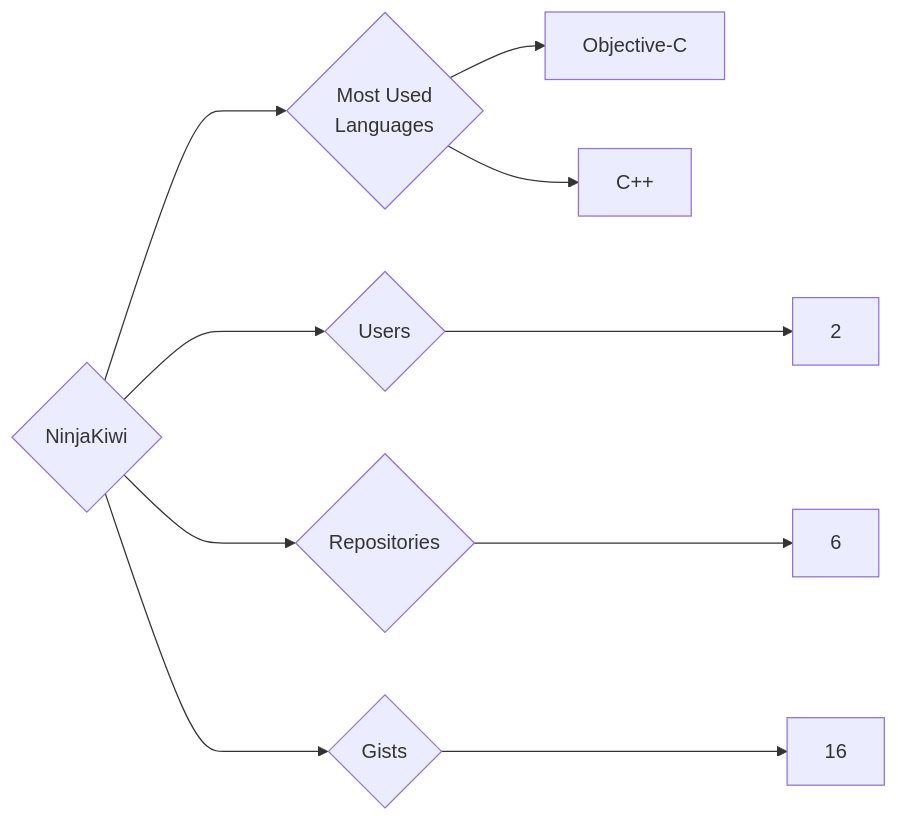
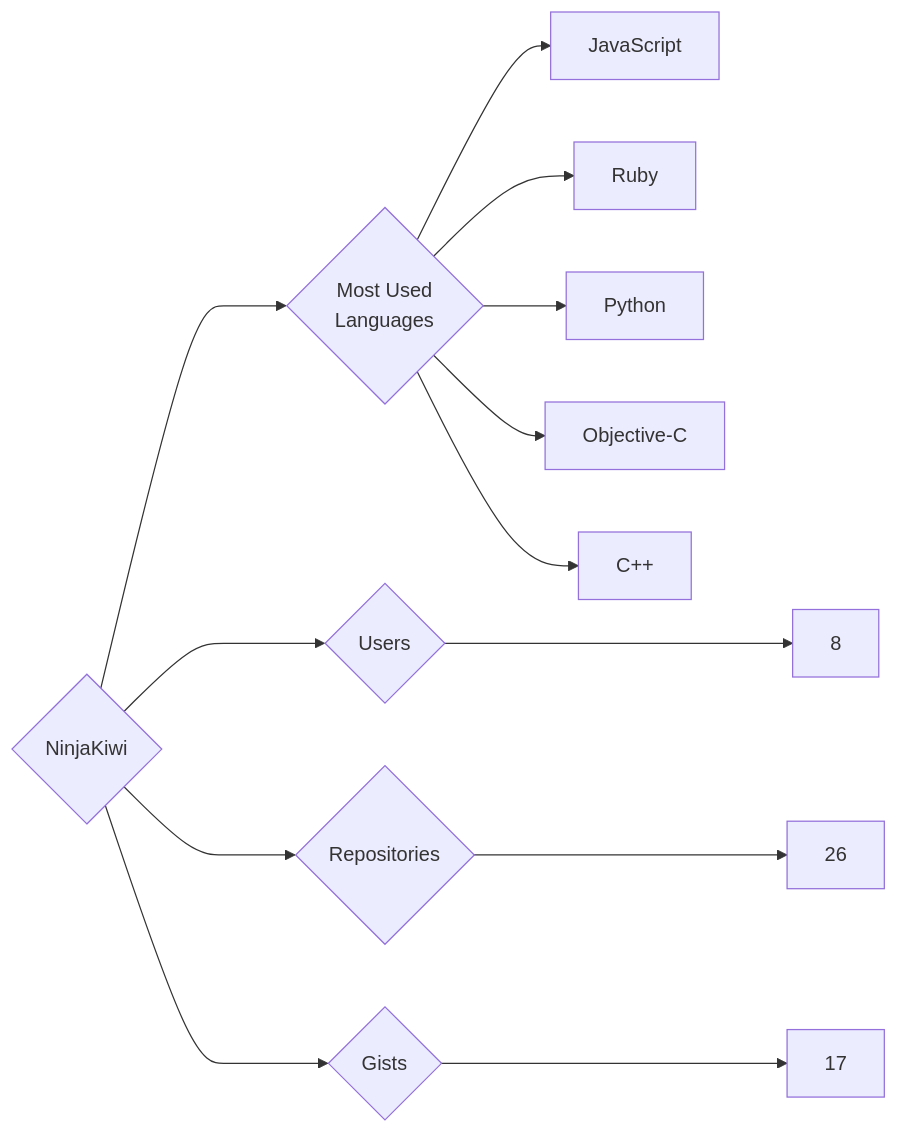
Before and after one commit to trickest/insiders: the diagram in targets/NinjaKiwi/README.md, drawn with Mermaid. The commit also changed 815 other files, not shown here.

````diff
--- a/targets/NinjaKiwi/README.md
+++ b/targets/NinjaKiwi/README.md
@@ -3,10 +3,13 @@
 ```mermaid
 graph LR
 COMPANY_NAME{NinjaKiwi}
-COMPANY_NAME ---> U{Users} ---> UN[2]
-COMPANY_NAME ---> R{Repositories} ---> RN[6]
-COMPANY_NAME ---> G{Gists} ---> GN[16]
+COMPANY_NAME ---> U{Users} ---> UN[8]
+COMPANY_NAME ---> R{Repositories} ---> RN[26]
+COMPANY_NAME ---> G{Gists} ---> GN[17]
 COMPANY_NAME ---> ML{Most Used<br>Languages}
+ML --> JavaScript[JavaScript]
+ML --> Ruby[Ruby]
+ML --> Python[Python]
 ML --> Objective-C[Objective-C]
 ML --> C++[C++]
 ```
````
